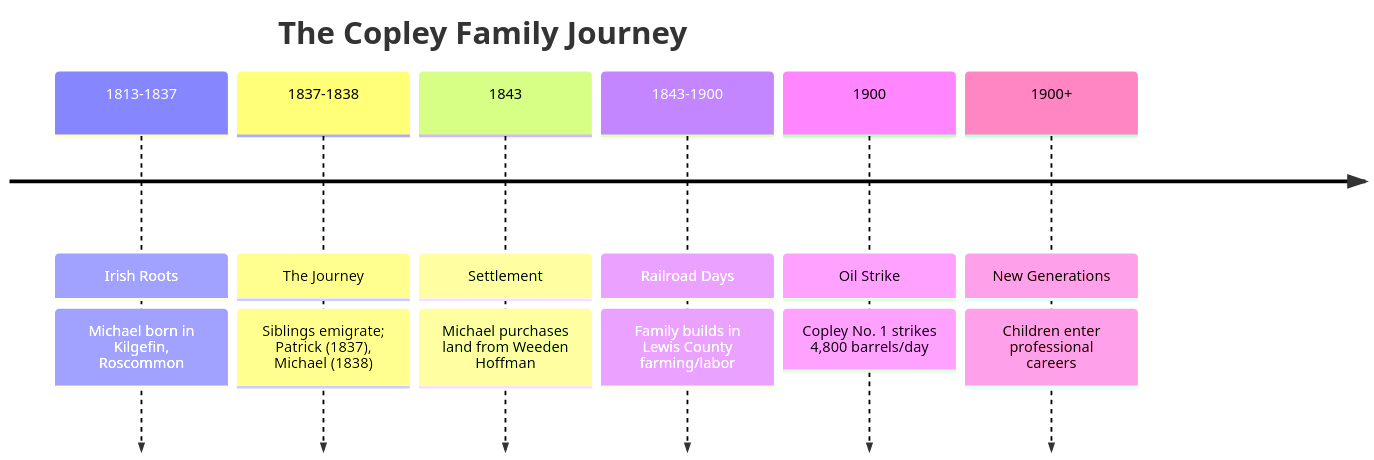
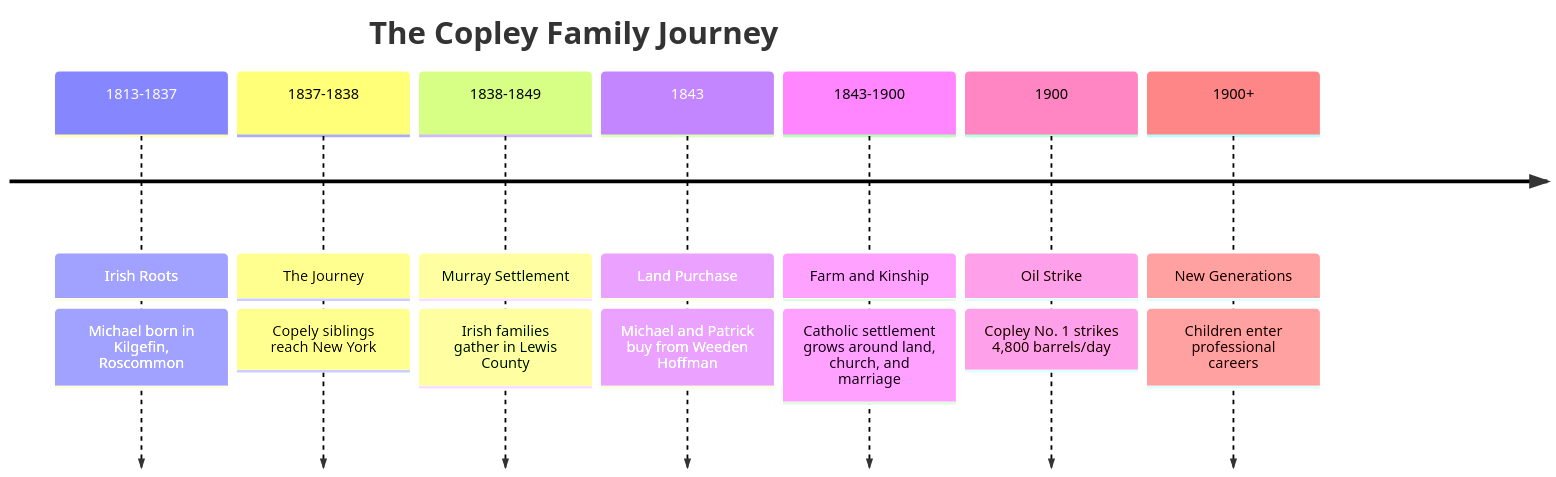
The diagram in The Copley Family Narrative.md (zcopley/copley-family-research), drawn with Mermaid before and after one commit. The commit also changed other lines of this file and 12 other files, not shown here.

````diff
--- a/The Copley Family Narrative.md
+++ b/The Copley Family Narrative.md
@@ -17,11 +17,12 @@
 ```mermaid
 timeline
     title The Copley Family Journey
     
     1813-1837 : Irish Roots : Michael born in Kilgefin, Roscommon
-    1837-1838 : The Journey : Siblings emigrate; Patrick (1837), Michael (1838)
-    1843 : Settlement : Michael purchases land from Weeden Hoffman
-    1843-1900 : Railroad Days : Family builds in Lewis County farming/labor
+    1837-1838 : The Journey : Copely siblings reach New York
+    1838-1849 : Murray Settlement : Irish families gather in Lewis County
+    1843 : Land Purchase : Michael and Patrick buy from Weeden Hoffman
+    1843-1900 : Farm and Kinship : Catholic settlement grows around land, church, and marriage
     1900 : Oil Strike : Copley No. 1 strikes 4,800 barrels/day
     1900+ : New Generations : Children enter professional careers
 ```
````
